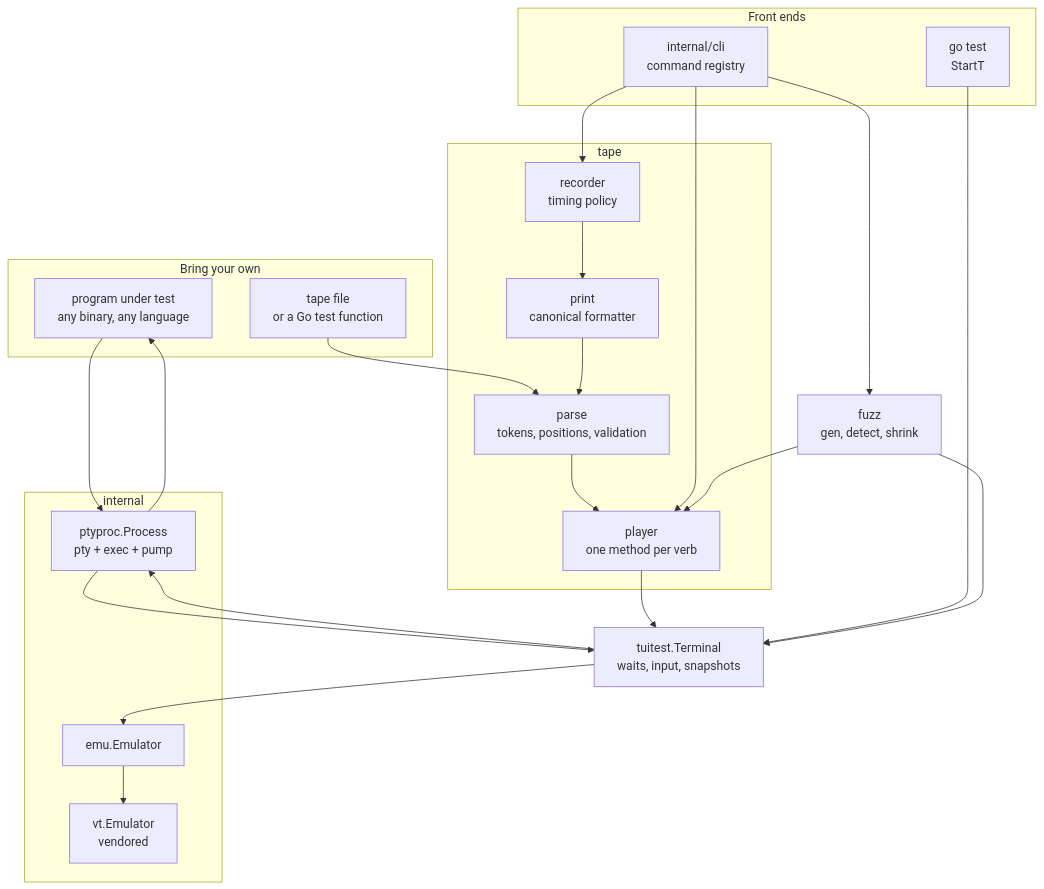
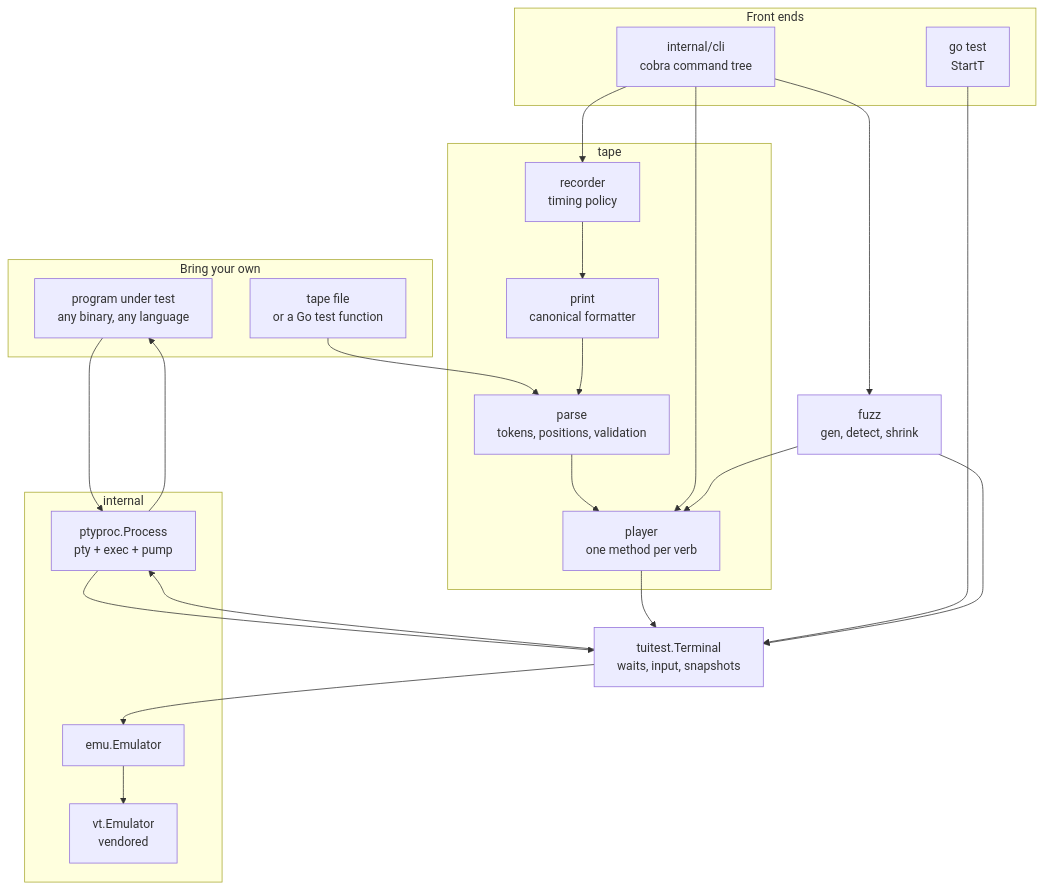
Before and after one commit to Gaurav-Gosain/tuitest: the first of 3 diagrams in docs/architecture.md, drawn with Mermaid. The commit also changed other lines of this file and 17 other files, not shown here.

````diff
--- a/docs/architecture.md
+++ b/docs/architecture.md
@@ -22,38 +22,38 @@
 ```mermaid
 flowchart TB
   subgraph Bring["Bring your own"]
     PROG[program under test<br/>any binary, any language]
     SRC[tape file<br/>or a Go test function]
   end
 
   subgraph Front["Front ends"]
-    CLIREG[internal/cli<br/>command registry]
+    CLIREG[internal/cli<br/>cobra command tree]
     GOTEST[go test<br/>StartT]
   end
 
   subgraph Lang["tape"]
     PARSE[parse<br/>tokens, positions, validation]
     PLAY[player<br/>one method per verb]
     REC[recorder<br/>timing policy]
     PRINT[print<br/>canonical formatter]
   end
 
   FUZZ[fuzz<br/>gen, detect, shrink]
 
   TERM[tuitest.Terminal<br/>waits, input, snapshots]
 
   subgraph Low["internal"]
     PTY[ptyproc.Process<br/>pty + exec + pump]
     EMU[emu.Emulator]
     VT[vt.Emulator<br/>vendored]
   end
 
   SRC --> PARSE --> PLAY --> TERM
   GOTEST --> TERM
   CLIREG --> PLAY
   CLIREG --> REC --> PRINT --> PARSE
   CLIREG --> FUZZ --> TERM
   FUZZ --> PLAY
   TERM --> PTY --> PROG
   PROG --> PTY --> TERM --> EMU --> VT
 ```
````
